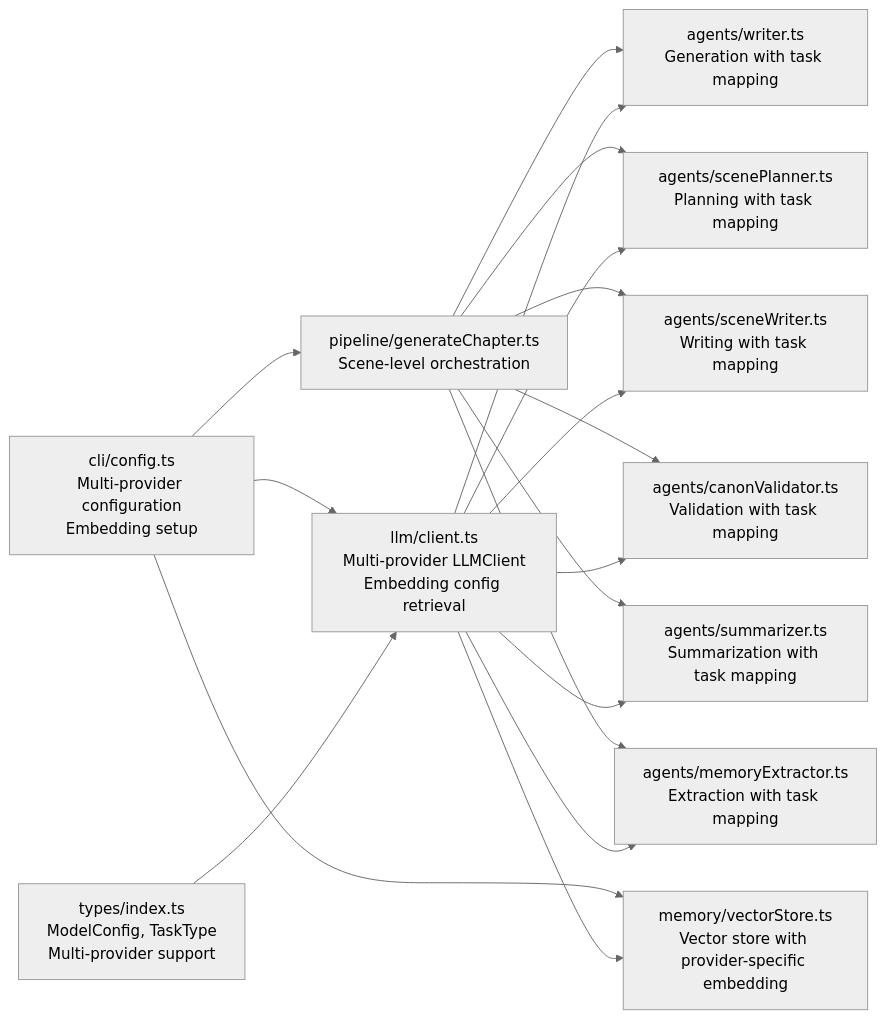
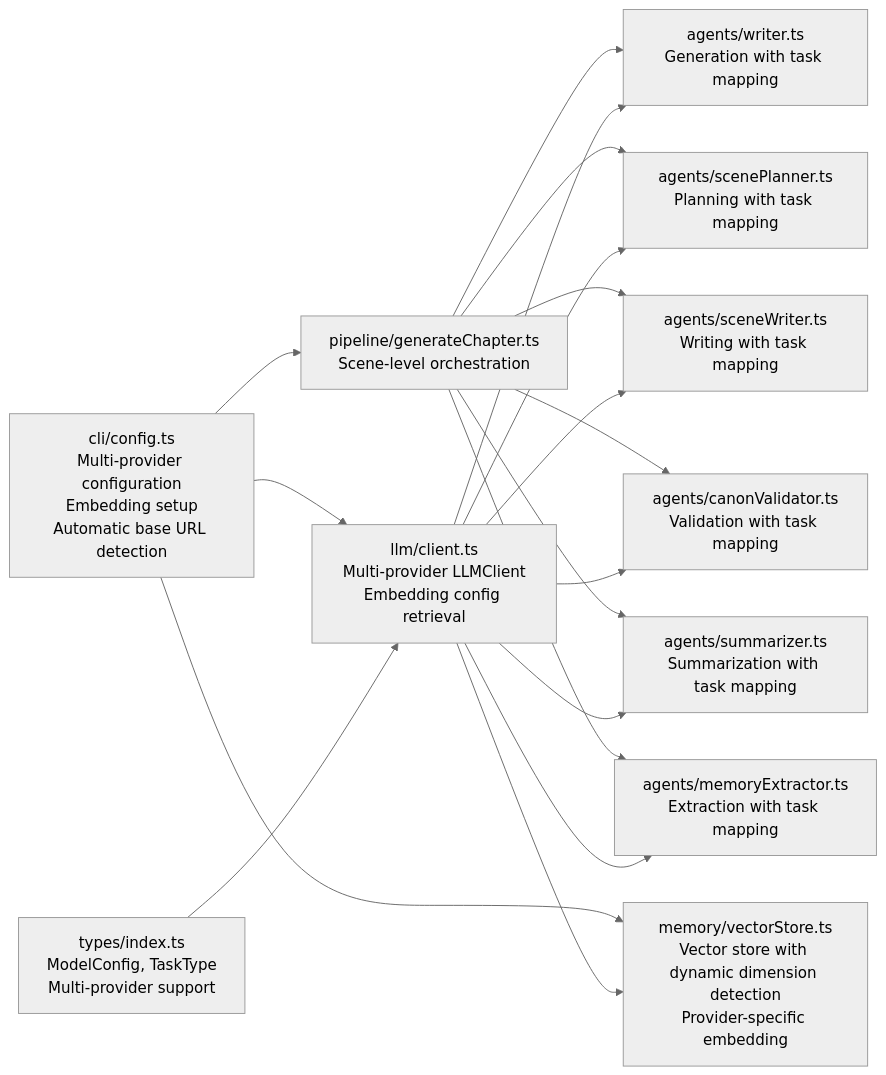
The ninth of 9 diagrams in .qoder/repowiki/en/content/LLM Integration and Configuration.md (liwonder/NARRITIVE_OS), drawn with Mermaid (neutral theme) before and after one commit. The commit also changed other lines of this file and 14 other files, not shown here.

````diff
--- a/.qoder/repowiki/en/content/LLM Integration and Configuration.md
+++ b/.qoder/repowiki/en/content/LLM Integration and Configuration.md
@@ -638,20 +694,20 @@
 ```mermaid
 graph LR
 TYPES["types/index.ts<br/>ModelConfig, TaskType<br/>Multi-provider support"] --> CLIENT["llm/client.ts<br/>Multi-provider LLMClient<br/>Embedding config retrieval"]
 CLIENT --> WR["agents/writer.ts<br/>Generation with task mapping"]
 CLIENT --> PLAN["agents/scenePlanner.ts<br/>Planning with task mapping"]
 CLIENT --> WRITE["agents/sceneWriter.ts<br/>Writing with task mapping"]
 CLIENT --> VAL["agents/canonValidator.ts<br/>Validation with task mapping"]
 CLIENT --> SUM["agents/summarizer.ts<br/>Summarization with task mapping"]
 CLIENT --> MEM["agents/memoryExtractor.ts<br/>Extraction with task mapping"]
-CLIENT --> VECTOR["memory/vectorStore.ts<br/>Vector store with provider-specific embedding"]
+CLIENT --> VECTOR["memory/vectorStore.ts<br/>Vector store with dynamic dimension detection<br/>Provider-specific embedding"]
 PIPE["pipeline/generateChapter.ts<br/>Scene-level orchestration"] --> WR
 PIPE --> PLAN
 PIPE --> WRITE
 PIPE --> VAL
 PIPE --> SUM
 PIPE --> MEM
-CFG["cli/config.ts<br/>Multi-provider configuration<br/>Embedding setup"] --> CLIENT
+CFG["cli/config.ts<br/>Multi-provider configuration<br/>Embedding setup<br/>Automatic base URL detection"] --> CLIENT
 CFG --> PIPE
 CFG --> VECTOR
 ```
````
